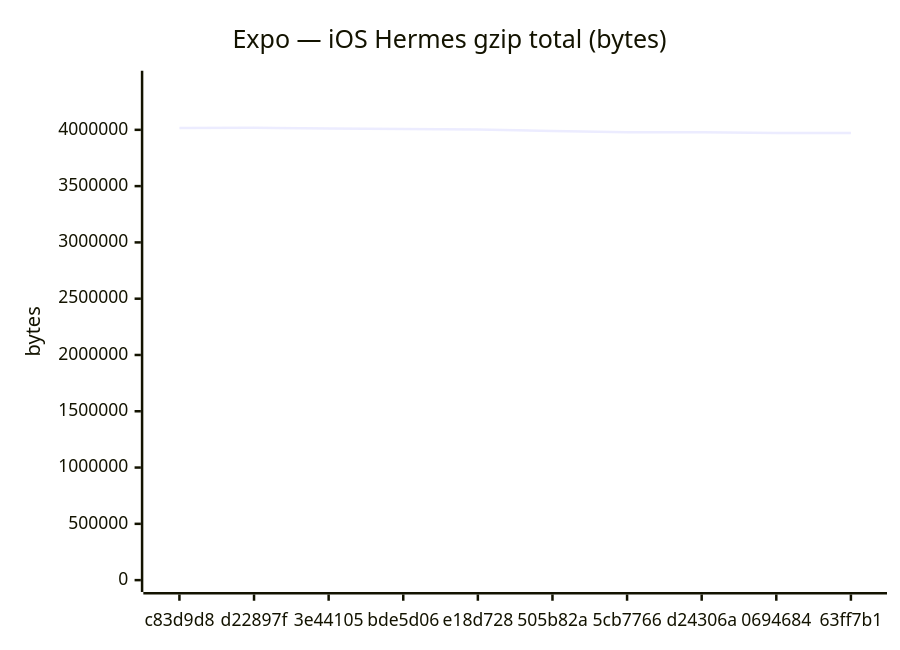
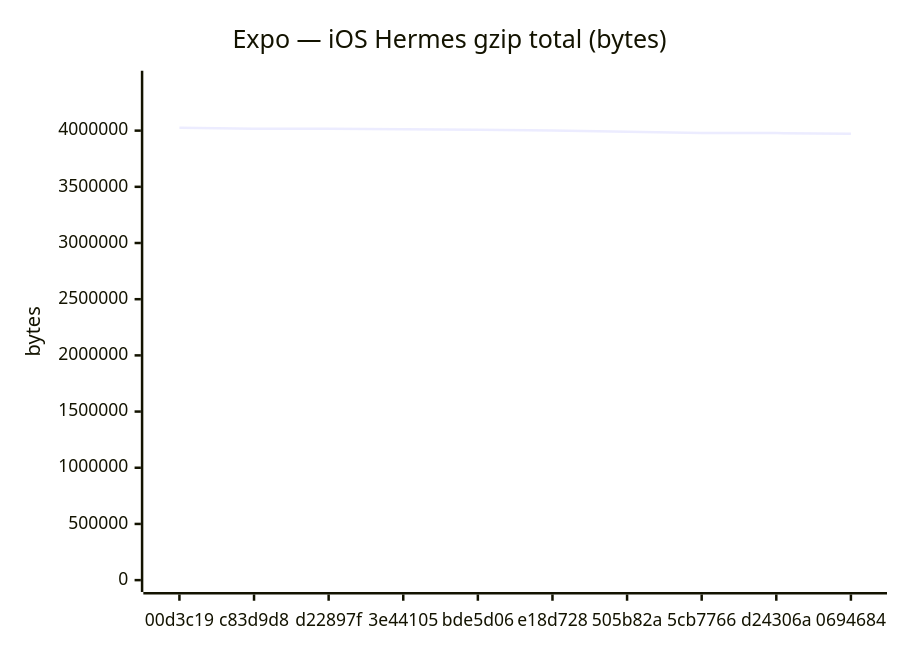
Before and after one commit to Metaheurist/Rianell: the sixth of 18 diagrams in benchmarks/compare.md, drawn with Mermaid. The commit also changed other lines of this file and 11 other files, not shown here.

````diff
--- a/benchmarks/compare.md
+++ b/benchmarks/compare.md
@@ -96,7 +96,7 @@
 ```mermaid
 xychart-beta
     title "Expo — iOS Hermes gzip total (bytes)"
-    x-axis ["c83d9d8", "d22897f", "3e44105", "bde5d06", "e18d728", "505b82a", "5cb7766", "d24306a", "0694684", "63ff7b1"]
-    y-axis "bytes" 0 --> 4419322
-    line [4017281, 4017565, 4012063, 4008470, 4002116, 3990384, 3978033, 3978036, 3971946, 3971945]
+    x-axis ["00d3c19", "c83d9d8", "d22897f", "3e44105", "bde5d06", "e18d728", "505b82a", "5cb7766", "d24306a", "0694684"]
+    y-axis "bytes" 0 --> 4427238
+    line [4024761, 4017281, 4017565, 4012063, 4008470, 4002116, 3990384, 3978033, 3978036, 3971946]
 ```
````
